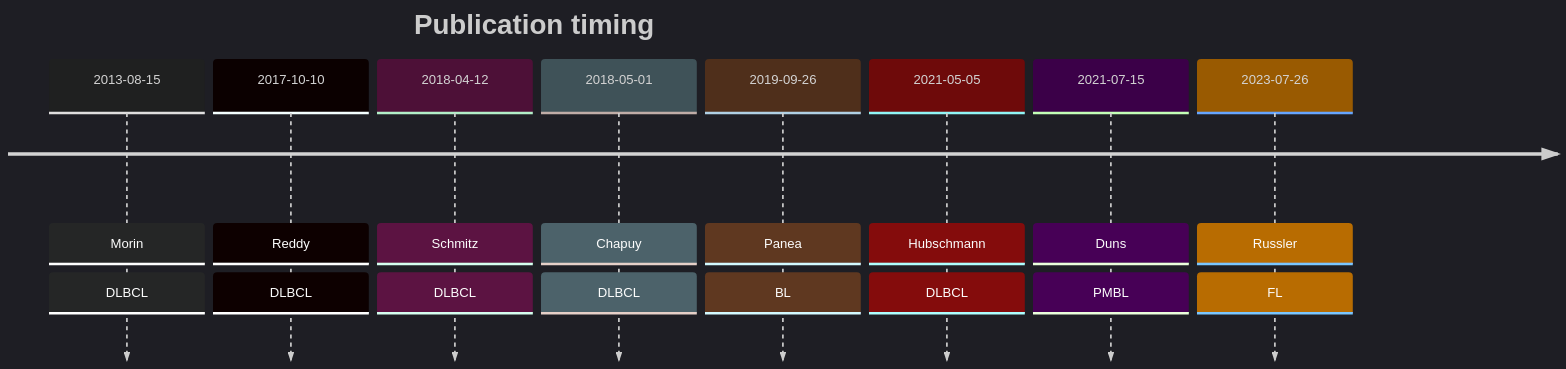
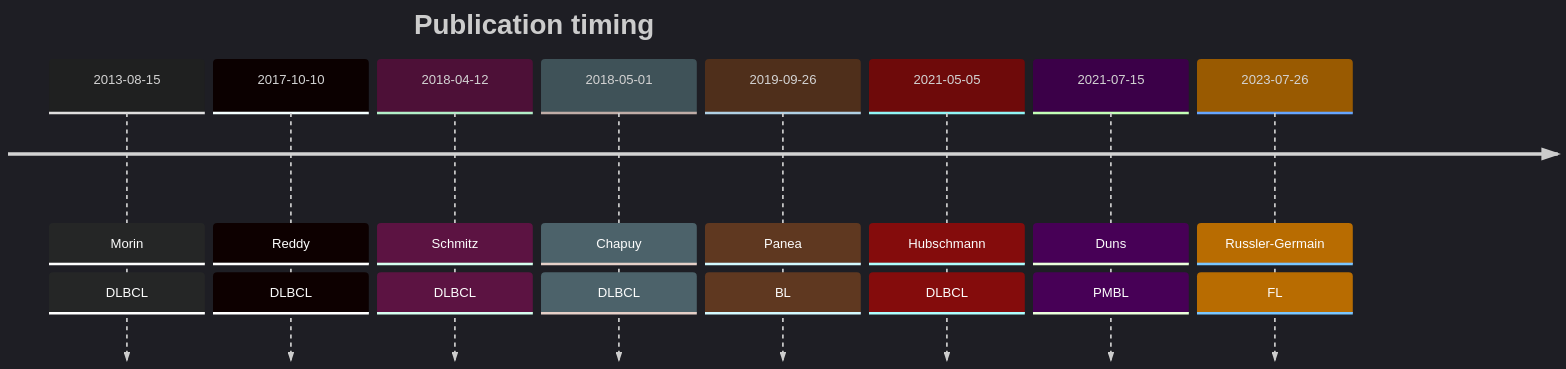
One commit to morinlab/lymphopedia changed the diagram in CD83.md. Above: the diagram before and after it, drawn with Mermaid.

````diff
--- a/CD83.md
+++ b/CD83.md
@@ -18,13 +18,13 @@
 ```mermaid
 %%{init: { 'logLevel': 'debug', 'theme': 'dark' } }%%
 timeline
     title Publication timing
       2013-08-15 : Morin : DLBCL
       2017-10-10 : Reddy : DLBCL
       2018-04-12 : Schmitz : DLBCL
 2018-05-01 : Chapuy : DLBCL
       2019-09-26 : Panea : BL
 2021-05-05 : Hubschmann : DLBCL
       2021-07-15 : Duns : PMBL
-      2023-07-26 : Russler : FL
+      2023-07-26 : Russler-Germain : FL
 ```
````
